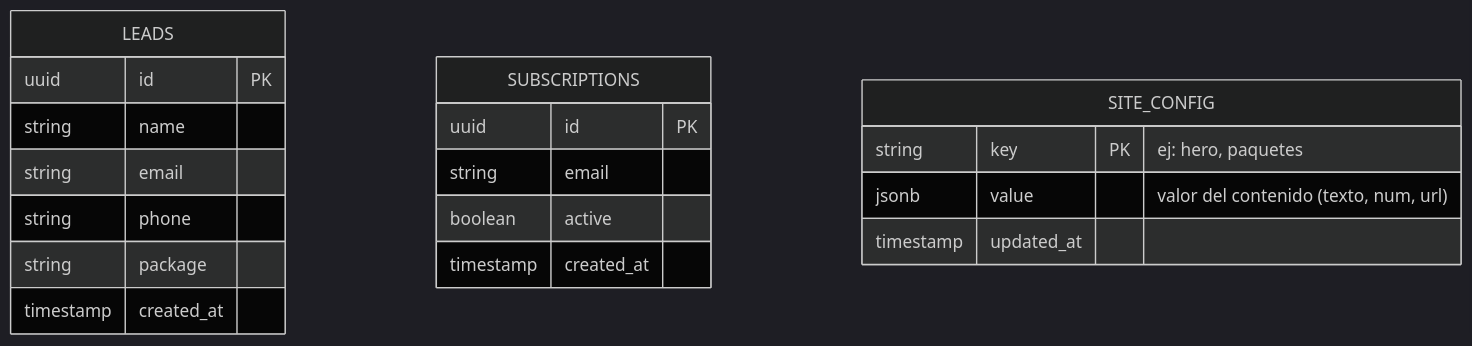
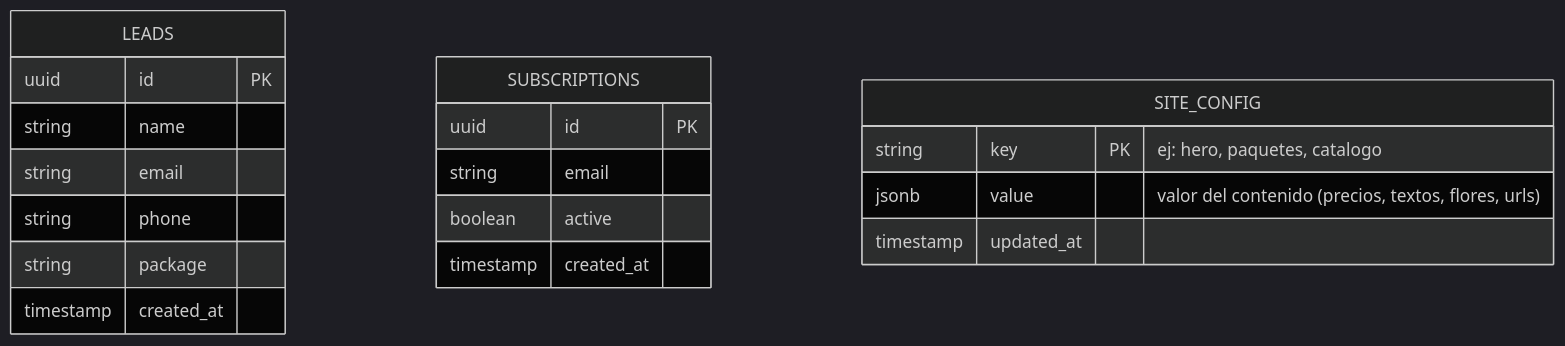
Before and after one commit to pcamacho447/presencia-website: the second of 2 diagrams in README.md, drawn with Mermaid (dark theme). The commit also changed 8 other files, not shown here.

Commit message:
docs(plan): define floral catalog design, architecture diagrams, and implementation plan

````diff
--- a/README.md
+++ b/README.md
@@ -72,24 +72,24 @@
 ```mermaid
 erDiagram
     LEADS {
         uuid id PK
         string name
         string email
         string phone
         string package
         timestamp created_at
     }
 
     SUBSCRIPTIONS {
         uuid id PK
         string email
         boolean active
         timestamp created_at
     }
 
     SITE_CONFIG {
-        string key PK "ej: hero, paquetes"
-        jsonb value "valor del contenido (texto, num, url)"
+        string key PK "ej: hero, paquetes, catalogo"
+        jsonb value "valor del contenido (precios, textos, flores, urls)"
         timestamp updated_at
     }
 ```
````
